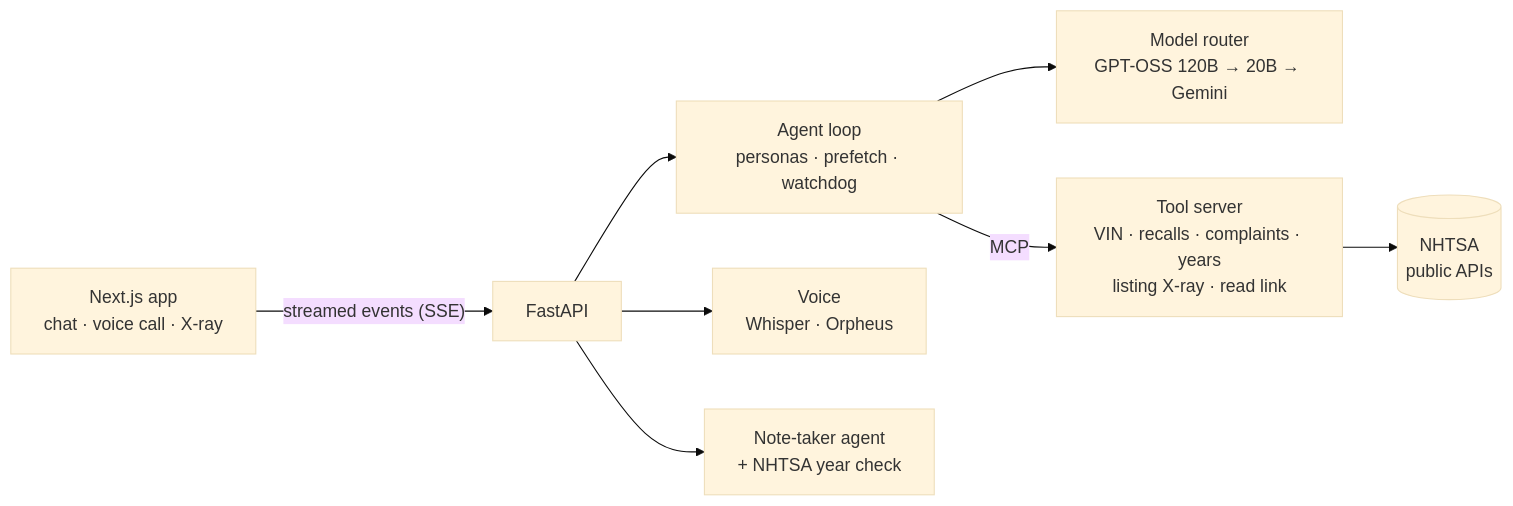
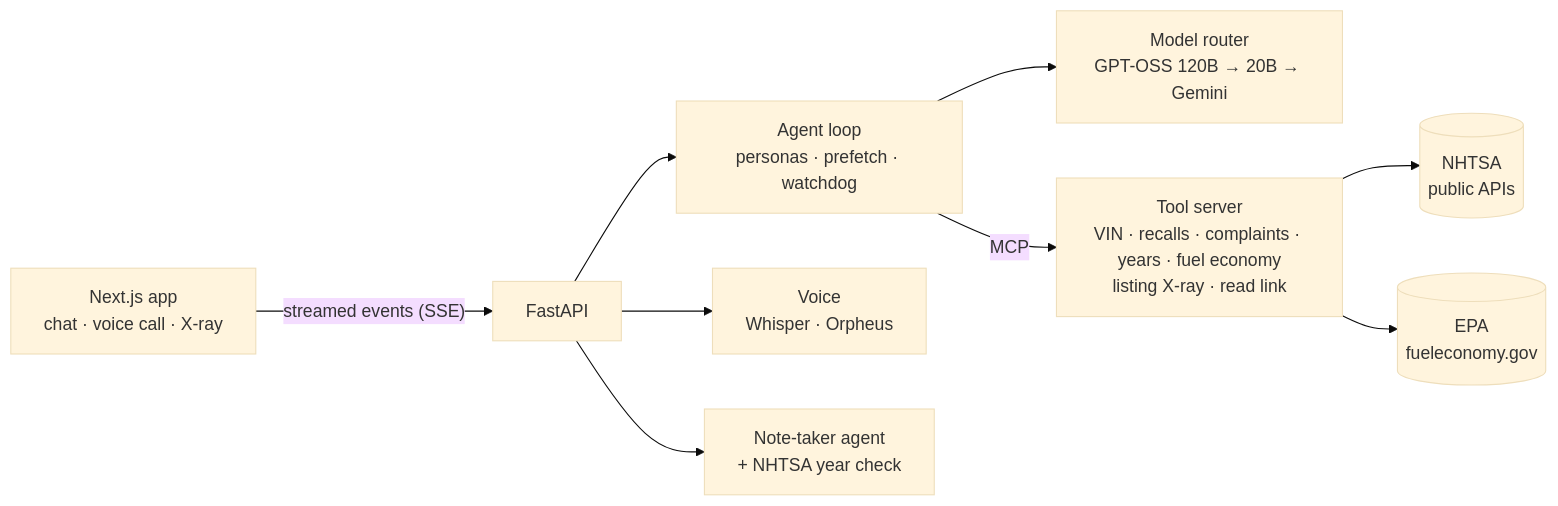
The diagram in README.md (iibrahemali/VINsight), drawn with Mermaid (base theme) before and after one commit. The commit also changed other lines of this file and 21 other files, not shown here.

````diff
--- a/README.md
+++ b/README.md
@@ -61,10 +65,11 @@
 ```mermaid
 flowchart LR
   UI["Next.js app<br/>chat · voice call · X-ray"] -- "streamed events (SSE)" --> API["FastAPI"]
   API --> Agent["Agent loop<br/>personas · prefetch · watchdog"]
   Agent --> Router["Model router<br/>GPT-OSS 120B → 20B → Gemini"]
-  Agent -- MCP --> Tools["Tool server<br/>VIN · recalls · complaints · years<br/>listing X-ray · read link"]
+  Agent -- MCP --> Tools["Tool server<br/>VIN · recalls · complaints · years · fuel economy<br/>listing X-ray · read link"]
   Tools --> NHTSA[("NHTSA<br/>public APIs")]
+  Tools --> EPA[("EPA<br/>fueleconomy.gov")]
   API --> Voice["Voice<br/>Whisper · Orpheus"]
   API --> Notes["Note-taker agent<br/>+ NHTSA year check"]
 ```
````
